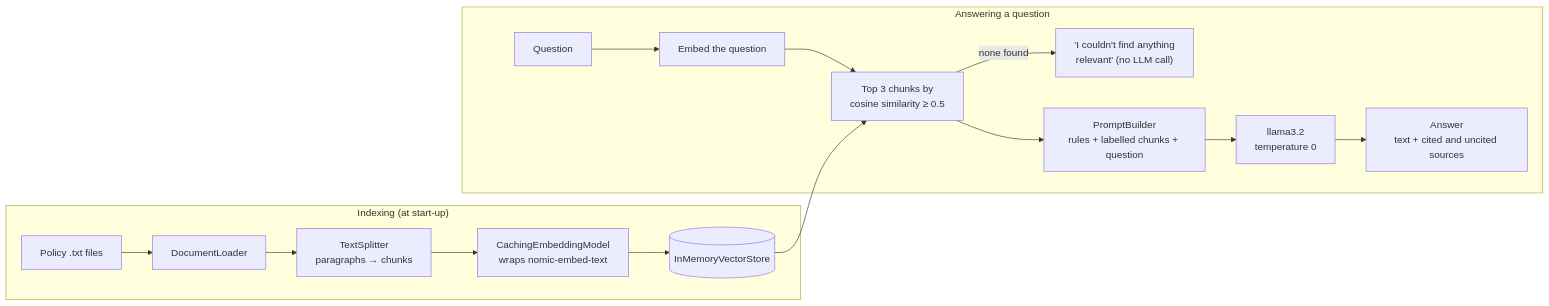
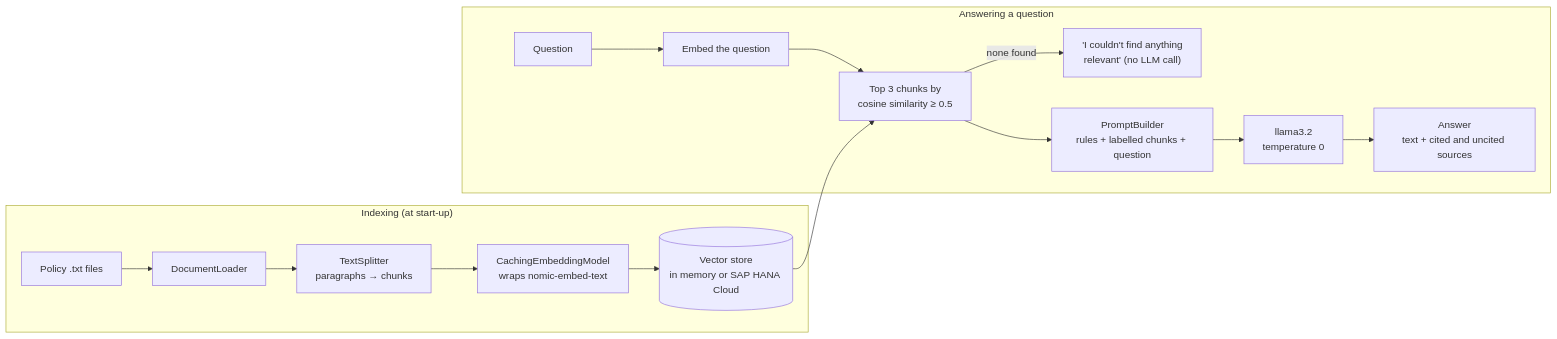
The diagram in README.md (ElvitaPaskauskaite/DocumentQA), drawn with Mermaid before and after one commit. The commit also changed other lines of this file, not shown here.

Commit message:
Document the SAP HANA Cloud vector store in the README

````diff
--- a/README.md
+++ b/README.md
@@ -20,18 +20,18 @@
 ```mermaid
 flowchart LR
     subgraph Indexing["Indexing (at start-up)"]
         D[Policy .txt files] --> L[DocumentLoader]
         L --> S[TextSplitter<br/>paragraphs → chunks]
         S --> E[CachingEmbeddingModel<br/>wraps nomic-embed-text]
-        E --> V[(InMemoryVectorStore)]
+        E --> V[(Vector store<br/>in memory or SAP HANA Cloud)]
     end
     subgraph Answering["Answering a question"]
         Q[Question] --> QE[Embed the question]
         QE --> R[Top 3 chunks by<br/>cosine similarity ≥ 0.5]
         V --> R
         R -->|none found| N["'I couldn't find anything<br/>relevant' (no LLM call)"]
         R --> P[PromptBuilder<br/>rules + labelled chunks + question]
         P --> C[llama3.2<br/>temperature 0]
         C --> A[Answer<br/>text + cited and uncited sources]
     end
 ```
````
